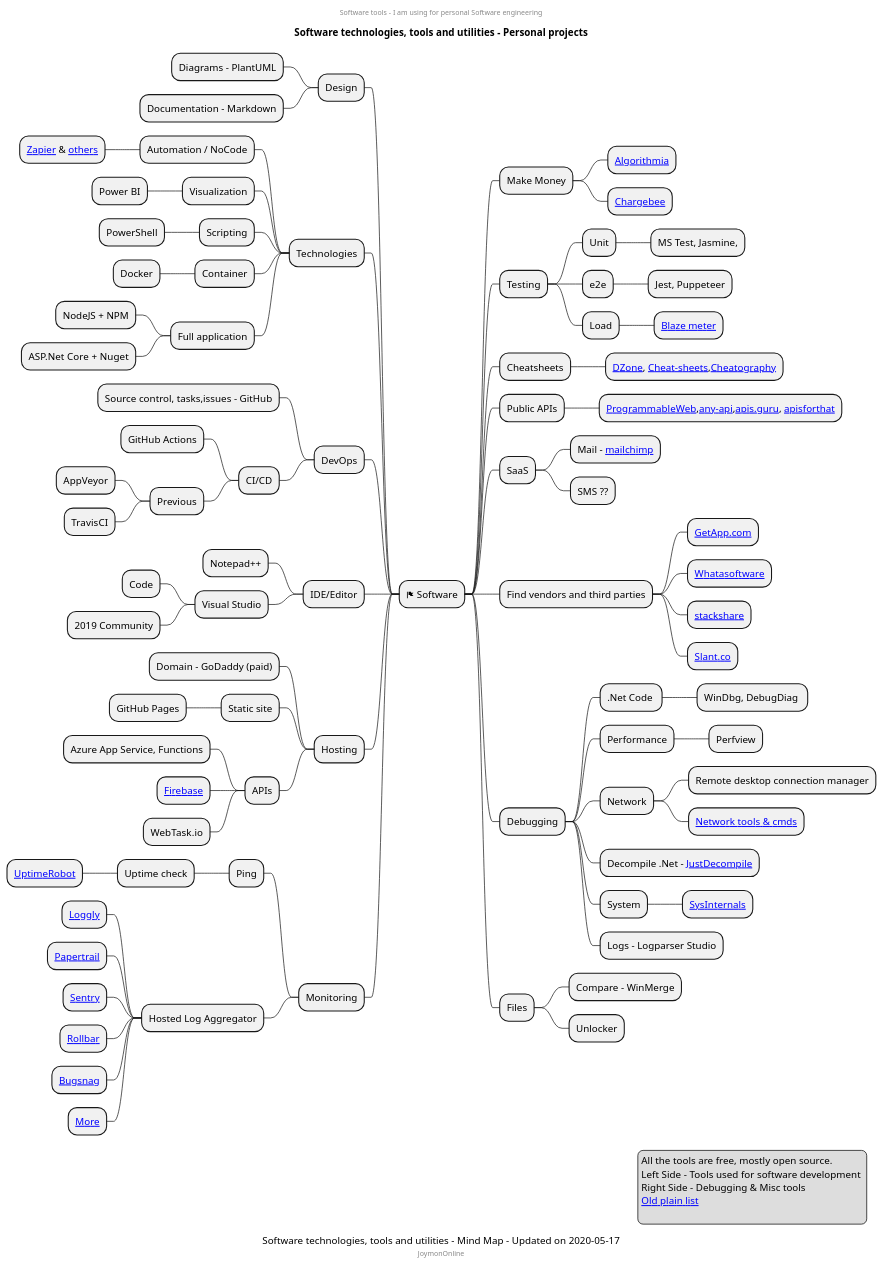
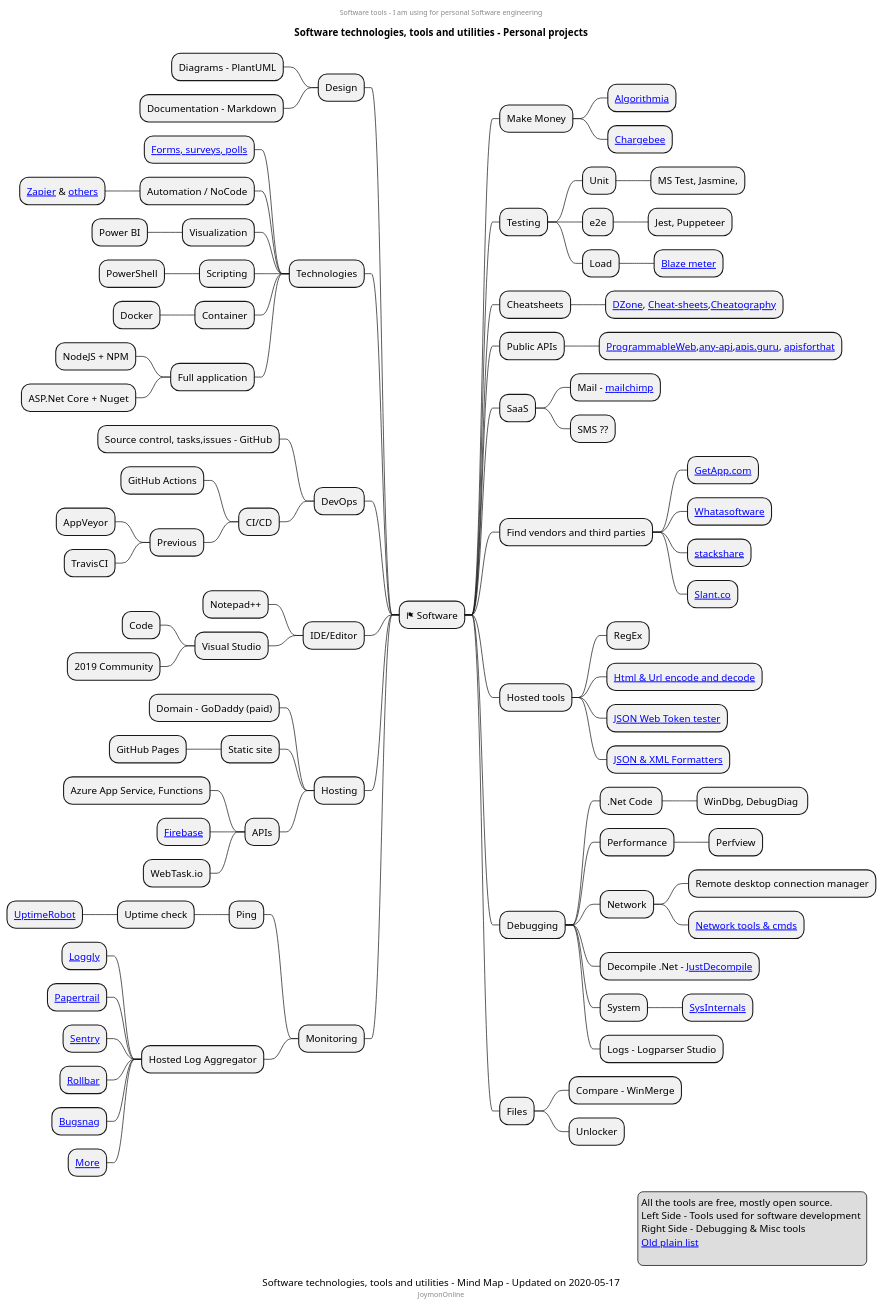
Before and after one commit to mind-maps/software: the diagram in software-tools/software-engineering-tools.puml, drawn with PlantUML. The commit also changed 1 other file, not shown here.

Commit message:
Added form and survey apps and hosted tools

```diff
--- a/software-tools/software-engineering-tools.puml
+++ b/software-tools/software-engineering-tools.puml
@@ -1,107 +1,113 @@
 @startmindmap
 center header
 Software tools - I am using for personal Software engineering
 endheader
 title Software technologies, tools and utilities - Personal projects
 caption Software technologies, tools and utilities - Mind Map - Updated on 2020-05-17
 center footer JoymonOnline
 * <&flag> Software
 ** Make Money
 *** [[Algorithmia.com Algorithmia]]
 *** [[https://www.chargebee.com/pricing Chargebee]]
 ** Testing
 *** Unit
 **** MS Test, Jasmine,
 *** e2e
 **** Jest, Puppeteer
 *** Load
 **** [[http://blazemeter.com Blaze meter]]
 
 ** Cheatsheets
 *** [[https://dzone.com/refcardz DZone]], [[http://www.cheat-sheets.org/ Cheat-sheets]],[[https://www.cheatography.com/ Cheatography]]
 ** Public APIs
 *** [[https://www.programmableweb.com/ ProgrammableWeb]],[[https://any-api.com/ any-api]],[[https://apis.guru/browse-apis/ apis.guru]], [[http://www.apiforthat.com/ apisforthat]]
 ** SaaS
 *** Mail - [[https://mailchimp.com/ mailchimp]]
 *** SMS ??
 ** Find vendors and third parties
 *** [[https://www.getapp.com/ GetApp.com]]
 *** [[https://www.whatasoftware.com/ Whatasoftware]]
 *** [[https://stackshare.io/ stackshare]]
 *** [[https://www.slant.co/ Slant.co]]
+** Hosted tools
+*** RegEx
+*** [[https://countwordsfree.com/text-encode Html & Url encode and decode]]
+*** [[https://jwt.io JSON Web Token tester]]
+*** [[https://countwordsfree.com/jsonviewer JSON & XML Formatters]]
 ** Debugging
 *** .Net Code 
 **** WinDbg, DebugDiag 
 *** Performance
 **** Perfview
 *** Network
 **** Remote desktop connection manager
 **** [[http://www.plantuml.com/plantuml/proxy?fmt=svg&cache=no&src=https://raw.githubusercontent.com/mind*maps/software/master/debugging/windows*network*debugging.puml Network tools & cmds]]
 *** Decompile .Net - [[https://www.telerik.com/products/decompiler.aspx JustDecompile]]
 *** System
 **** [[https://docs.microsoft.com/en-us/sysinternals/ SysInternals]]
 *** Logs - Logparser Studio
 
 ** Files
 *** Compare - WinMerge
 *** Unlocker
 
 left side
 
 ** Design
 *** Diagrams - PlantUML
 *** Documentation - Markdown
 ** Technologies
+*** [[https://forms.microsoft.com/ Forms, surveys, polls]]
 *** Automation / NoCode
 **** [[https://zapier.com/home Zapier]] & [[https://gist.github.com/joymon/89aeb18bef588895426b46a54e2ba970 others]]
 *** Visualization
 **** Power BI
 *** Scripting
 **** PowerShell
 *** Container
 **** Docker
 *** Full application
 **** NodeJS + NPM
 **** ASP.Net Core + Nuget
 
 ** DevOps
 *** Source control, tasks,issues - GitHub
 *** CI/CD
 **** GitHub Actions
 **** Previous
 ***** AppVeyor
 ***** TravisCI
 ** IDE/Editor
 *** Notepad++
 *** Visual Studio
 **** Code
 **** 2019 Community
 
 ** Hosting
 *** Domain - GoDaddy (paid)
 *** Static site
 **** GitHub Pages
 *** APIs
 **** Azure App Service, Functions
 **** [[https://firebase.google.com/pricing Firebase]]
 **** WebTask.io
 ** Monitoring
 *** Ping
 **** Uptime check
 ***** [[https://uptimerobot.com/pricing UptimeRobot]]
 
 *** Hosted Log Aggregator
 **** [[https://www.loggly.com/plans-and-pricing/ Loggly]]
 **** [[https://www.papertrail.com/plans/ Papertrail]]
 **** [[https://sentry.io/pricing/ Sentry]]
 **** [[https://rollbar.com/pricing/ Rollbar]]
 **** [[https://www.bugsnag.com/pricing Bugsnag]]
 **** [[https://github.com/cheeaun/javascript-error-logging More]]
 legend right
 All the tools are free, mostly open source.
 Left Side - Tools used for software development 
 Right Side - Debugging & Misc tools
 [[https://joymonscode.blogspot.com/2017/05/toolbox-for-open-source-developers.html Old plain list]]
   
 endlegend
 @endmindmap
```
